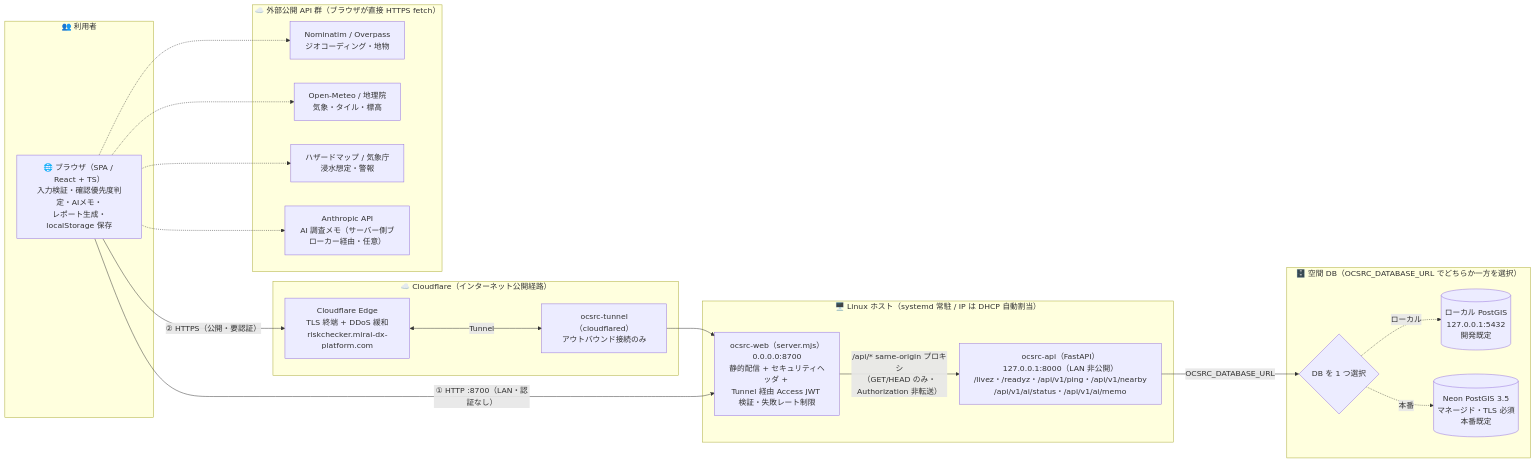
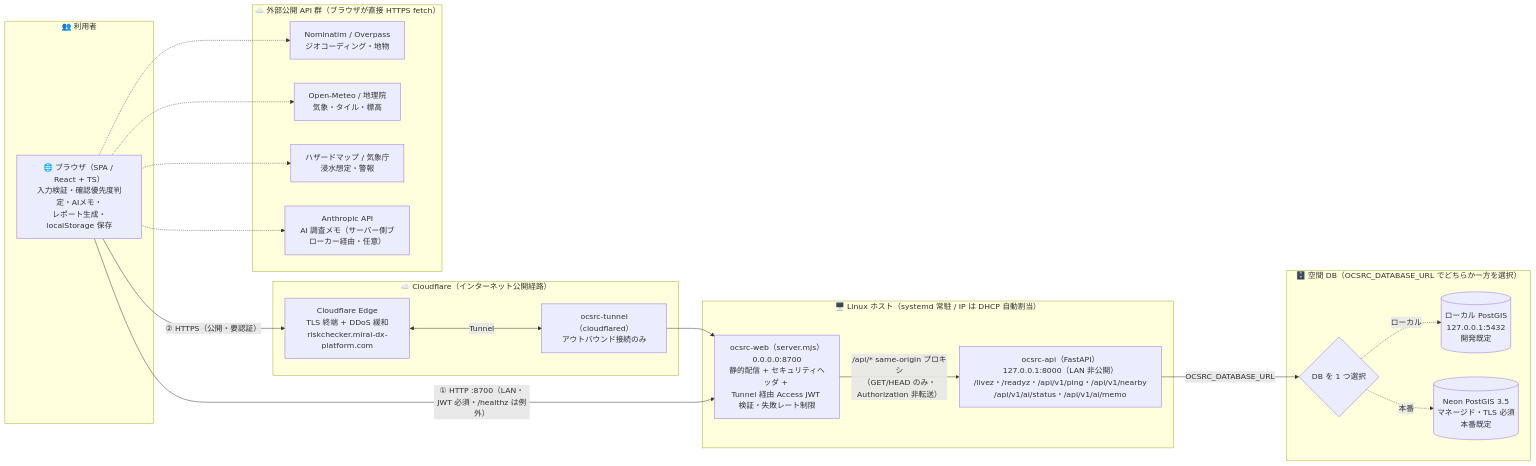
The diagram in README.md (Kensan196948G/Open-Civil-Site-Risk-Checker), drawn with Mermaid before and after one commit. The commit also changed other lines of this file and 3 other files, not shown here.

````diff
--- a/README.md
+++ b/README.md
@@ -237,42 +237,42 @@
 ```mermaid
 flowchart LR
     subgraph USERS["👥 利用者"]
         B["🌐 ブラウザ（SPA / React + TS）<br/>入力検証・確認優先度判定・AIメモ・<br/>レポート生成・localStorage 保存"]
     end
 
     subgraph EDGE["☁️ Cloudflare（インターネット公開経路）"]
         CF["Cloudflare Edge<br/>TLS 終端 + DDoS 緩和<br/>riskchecker.mirai-dx-platform.com"]
         TN["ocsrc-tunnel（cloudflared）<br/>アウトバウンド接続のみ"]
     end
 
     subgraph HOST["🖥️ Linux ホスト（systemd 常駐 / IP は DHCP 自動割当）"]
         W["ocsrc-web（server.mjs）<br/>0.0.0.0:8700<br/>静的配信 + セキュリティヘッダ + <br/>Tunnel 経由 Access JWT 検証・失敗レート制限"]
         A["ocsrc-api（FastAPI）<br/>127.0.0.1:8000（LAN 非公開）<br/>/livez・/readyz・/api/v1/ping・/api/v1/nearby<br/>/api/v1/ai/status・/api/v1/ai/memo"]
     end
 
     subgraph DB["🗄️ 空間 DB（OCSRC_DATABASE_URL でどちらか一方を選択）"]
         DS{"DB を 1 つ選択"}
         D1[("ローカル PostGIS<br/>127.0.0.1:5432<br/>開発既定")]
         D2[("Neon PostGIS 3.5<br/>マネージド・TLS 必須<br/>本番既定")]
     end
 
     subgraph EXT["☁️ 外部公開 API 群（ブラウザが直接 HTTPS fetch）"]
         E1["Nominatim / Overpass<br/>ジオコーディング・地物"]
         E3["Open-Meteo / 地理院<br/>気象・タイル・標高"]
         E5["ハザードマップ / 気象庁<br/>浸水想定・警報"]
         E7["Anthropic API<br/>AI 調査メモ（サーバー側ブローカー経由・任意）"]
     end
 
     B -->|"② HTTPS（公開・要認証）"| CF
     CF <-->|"Tunnel"| TN
     TN --> W
-    B -->|"① HTTP :8700（LAN・認証なし）"| W
+    B -->|"① HTTP :8700（LAN・JWT 必須・/healthz は例外）"| W
     W -->|"/api/* same-origin プロキシ<br/>（GET/HEAD のみ・Authorization 非転送）"| A
     A -->|"OCSRC_DATABASE_URL"| DS
     DS -.->|ローカル| D1
     DS -.->|本番| D2
     B -.-> E1
     B -.-> E3
     B -.-> E5
     B -.-> E7
 ```
````
